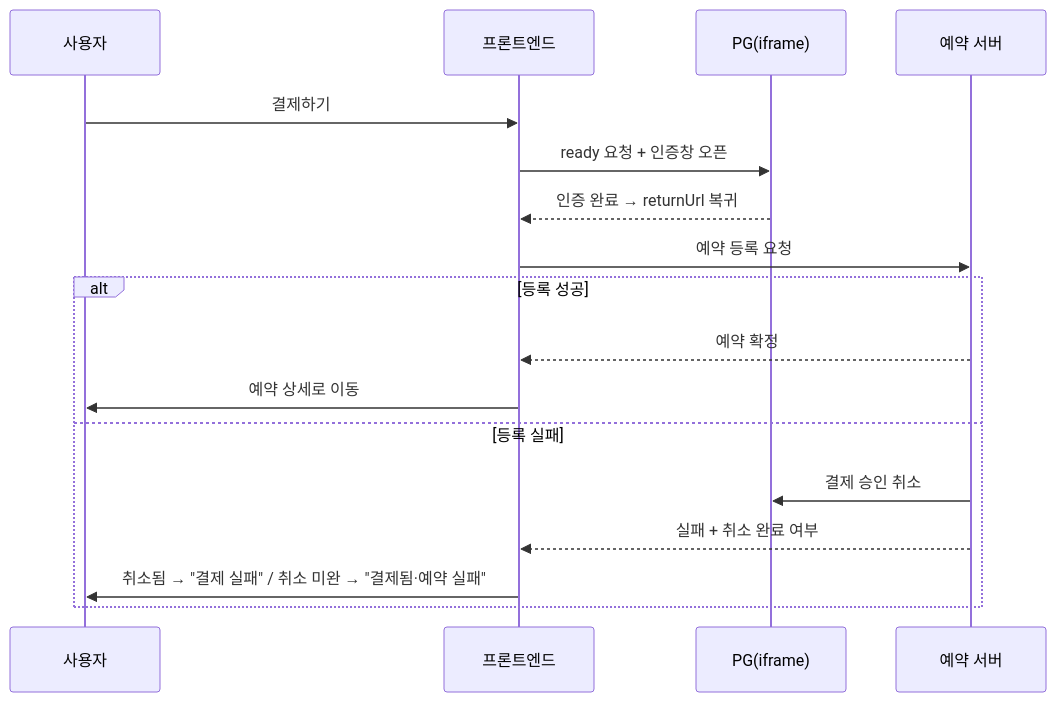
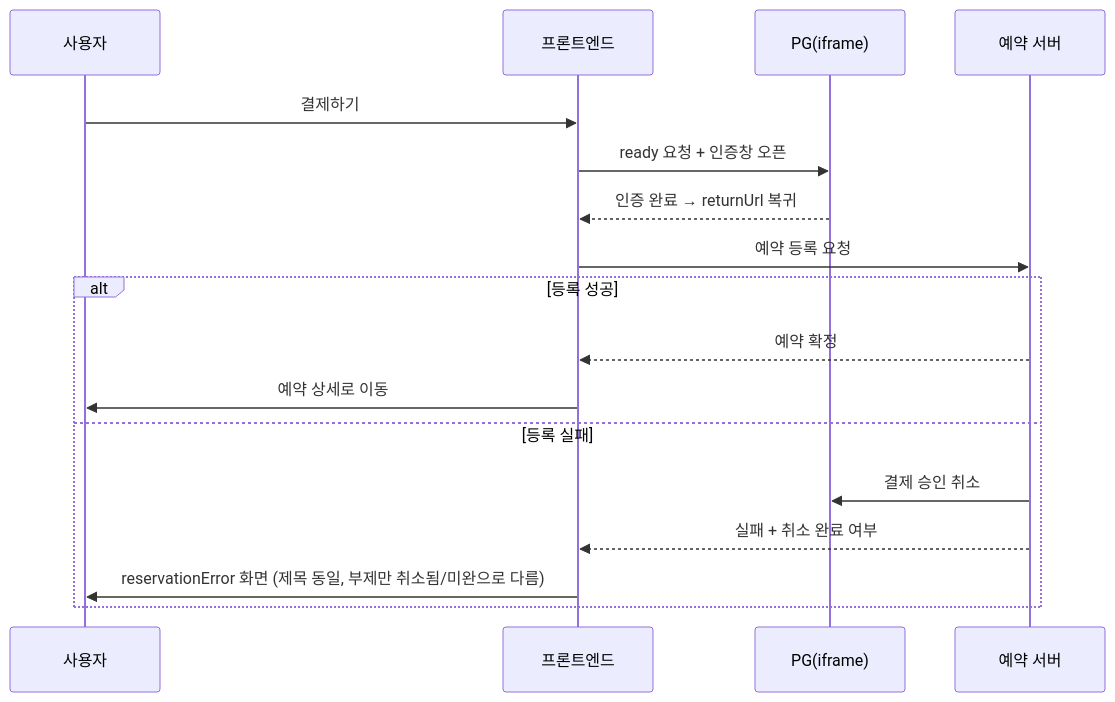
Before and after one commit to yyoujg/arilog.dev: the diagram in content/posts/payment-booking-consistency.mdx, drawn with Mermaid. The commit also changed other lines of this file and 55 other files, not shown here.

````diff
--- a/content/posts/payment-booking-consistency.mdx
+++ b/content/posts/payment-booking-consistency.mdx
@@ -40,20 +40,20 @@
 ```mermaid
 sequenceDiagram
     participant U as 사용자
     participant FE as 프론트엔드
     participant PG as PG(iframe)
     participant API as 예약 서버
 
     U->>FE: 결제하기
     FE->>PG: ready 요청 + 인증창 오픈
     PG-->>FE: 인증 완료 → returnUrl 복귀
     FE->>API: 예약 등록 요청
     alt 등록 성공
         API-->>FE: 예약 확정
         FE->>U: 예약 상세로 이동
     else 등록 실패
         API->>PG: 결제 승인 취소
         API-->>FE: 실패 + 취소 완료 여부
-        FE->>U: 취소됨 → "결제 실패" / 취소 미완 → "결제됨·예약 실패"
+        FE->>U: reservationError 화면 (제목 동일, 부제만 취소됨/미완으로 다름)
     end
 ```
````
